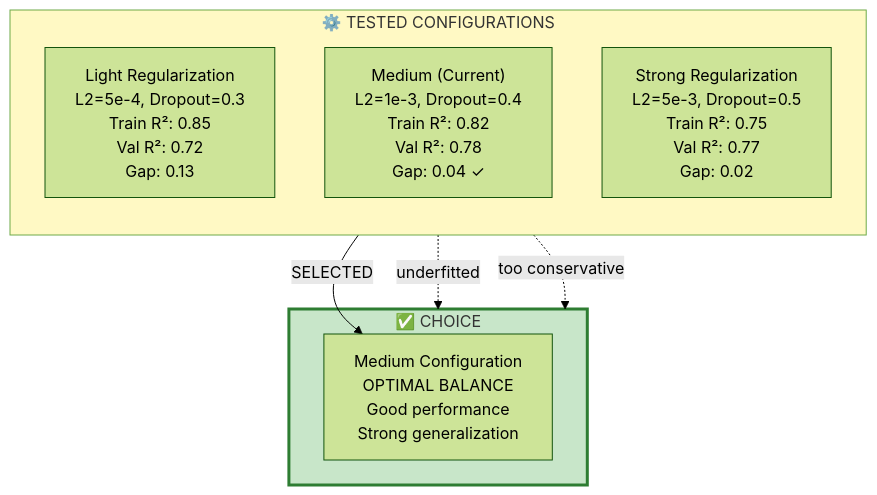
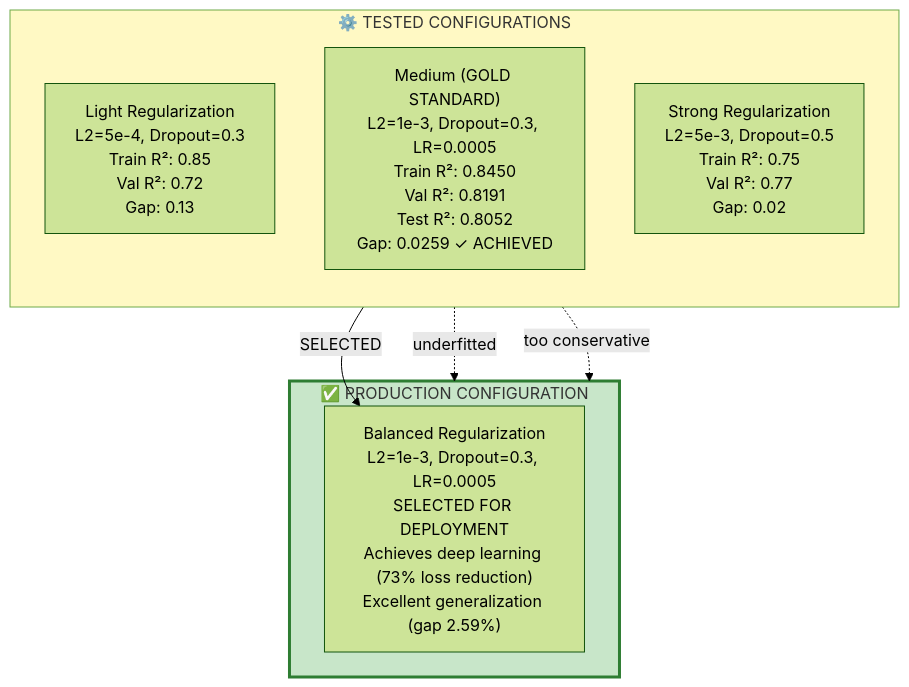
The tenth of 10 diagrams in docs/TCN_MLP_Diagram.md (David-Ibitokun/Final-Year-Project), drawn with Mermaid (forest theme) before and after one commit. The commit also changed other lines of this file and 4 other files, not shown here.

First line of the commit message:
TCN-MLP: Balanced regularization & notebooks

````diff
--- a/docs/TCN_MLP_Diagram.md
+++ b/docs/TCN_MLP_Diagram.md
@@ -473,23 +477,23 @@
 ```mermaid
 graph TD
     subgraph Configs["⚙️ TESTED CONFIGURATIONS"]
         direction TB
         
         Light["Light Regularization<br/>L2=5e-4, Dropout=0.3<br/>Train R²: 0.85<br/>Val R²: 0.72<br/>Gap: 0.13"]
         
-        Medium["Medium (Current)<br/>L2=1e-3, Dropout=0.4<br/>Train R²: 0.82<br/>Val R²: 0.78<br/>Gap: 0.04 ✓"]
+        Medium["Medium (GOLD STANDARD)<br/>L2=1e-3, Dropout=0.3, LR=0.0005<br/>Train R²: 0.8450<br/>Val R²: 0.8191<br/>Test R²: 0.8052<br/>Gap: 0.0259 ✓ ACHIEVED"]
         
         Strong["Strong Regularization<br/>L2=5e-3, Dropout=0.5<br/>Train R²: 0.75<br/>Val R²: 0.77<br/>Gap: 0.02"]
     end
 
-    subgraph Decision["✅ CHOICE"]
-        Selected["Medium Configuration<br/>OPTIMAL BALANCE<br/>Good performance<br/>Strong generalization"]
+    subgraph Decision["✅ PRODUCTION CONFIGURATION"]
+        Selected["Balanced Regularization<br/>L2=1e-3, Dropout=0.3, LR=0.0005<br/>SELECTED FOR DEPLOYMENT<br/>Achieves deep learning (73% loss reduction)<br/>Excellent generalization (gap 2.59%)"]
     end
 
     Light -.->|"underfitted"| Decision
     Medium -->|"SELECTED"| Selected
     Strong -.->|"too conservative"| Decision
 
     style Configs fill:#fff9c4
     style Decision fill:#c8e6c9,stroke:#2e7d32,stroke-width:3px
 ```
````
